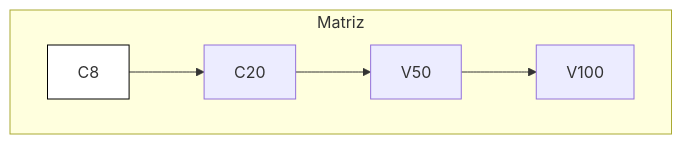
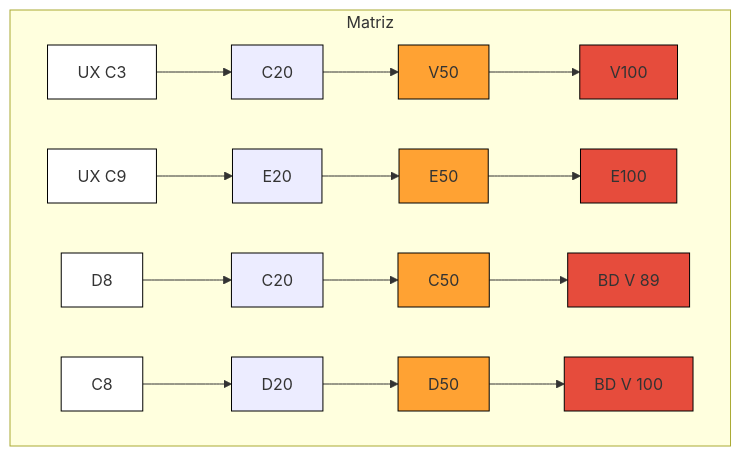
The fourth of 4 diagrams in README.md (samsesz/Grafico-Gannt), drawn with Mermaid before and after one commit.

````diff
--- a/README.md
+++ b/README.md
@@ -31,8 +31,14 @@
 ```mermaid
 graph TD
    subgraph Matriz
-A1["C8"]:::branco --> A2["C20"]:::amarelo --> A3["V50"]:::laranja --> A4["V100"]:::vermelho
+A1["UX C3"]:::branco --> A2["C20"]:::amarelo --> A3["V50"]:::laranja --> A4["V100"]:::vermelho
+B1["UX C9"]:::branco --> B2["E20"]:::amarelo --> B3["E50"]:::laranja --> B4["E100"]:::vermelho
+C1["D8"]:::branco --> C2["C20"]:::amarelo --> C3["C50"]:::laranja --> C4["BD V 89"]:::vermelho
+D1["C8"]:::branco --> D2["D20"]:::amarelo --> D3["D50"]:::laranja --> D4["BD V 100"]:::vermelho
+
 end
-
 classDef branco fill:#fff, stroke:#000, stroke-width:1px;
+classDef amarelo fill:#FFD8D, stroke:#000, stroke-width:1px;
+classDef laranja fill:#FFA233, stroke:#000, stroke-width:1px;
+classDef vermelho fill:#E64C3C, stroke:#000, stroke-width:1px;
 ```
````
